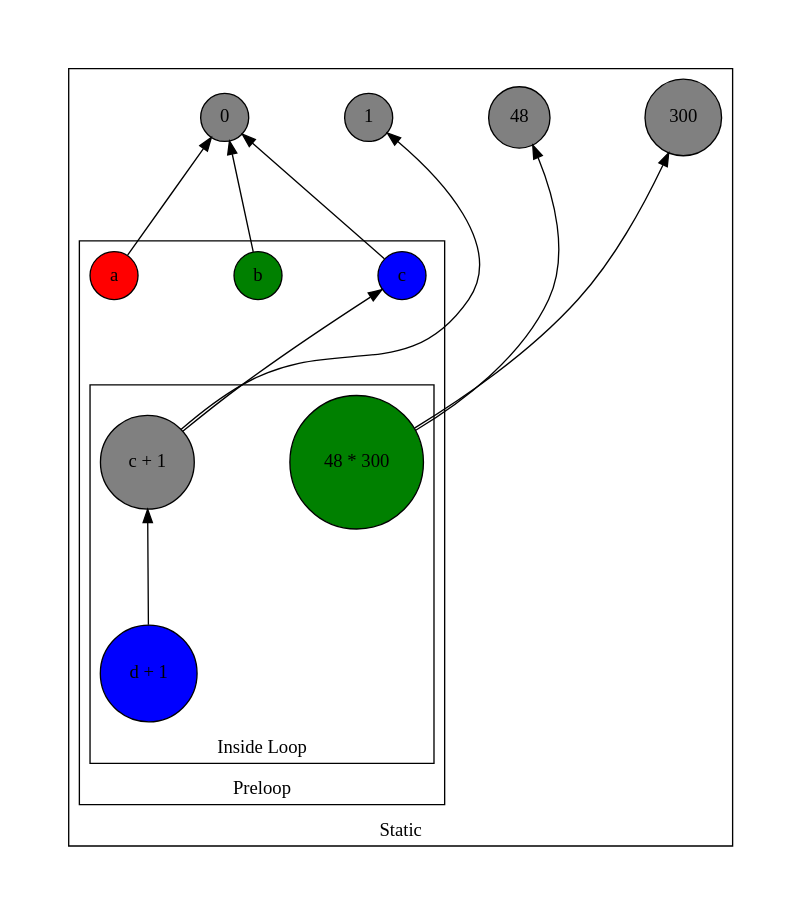
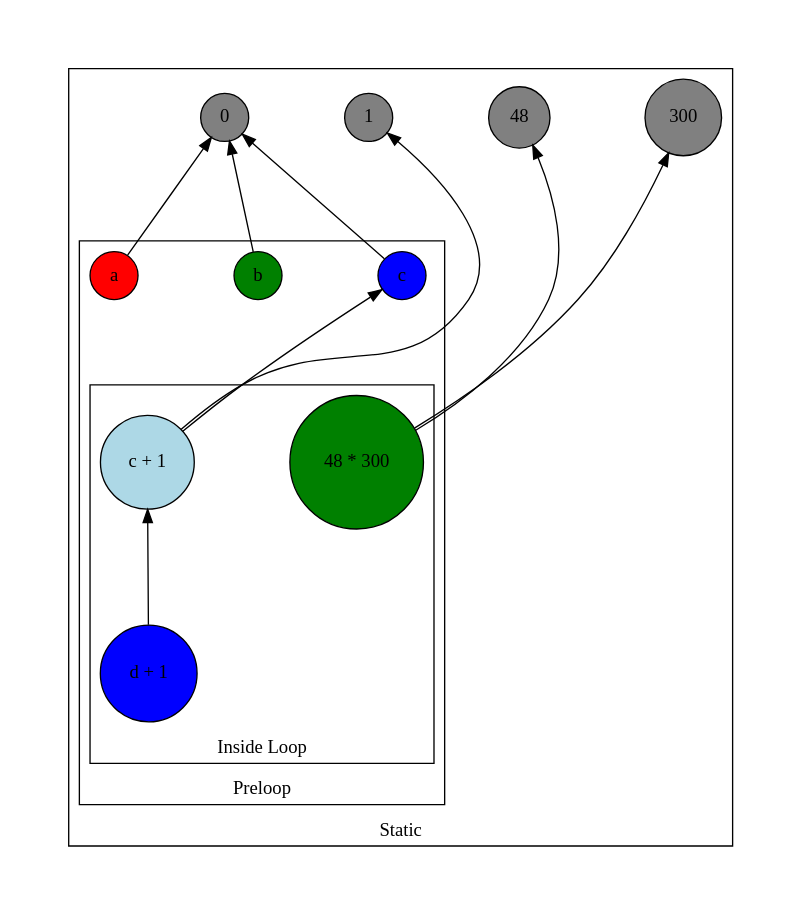
The diagram in tier1.dot (sjkillen/various-graphs), drawn with Graphviz before and after one commit. The commit also changed 1 other file, not shown here.

```diff
--- a/tier1.dot
+++ b/tier1.dot
@@ -1,45 +1,45 @@
 digraph {
     rankdir=BT
     newrank=true;
     graph [pad="0.5", nodesep="1", ranksep="1"];
     node[shape="circle", style="filled", fillcolor="grey", label=" "]
 
     subgraph clusterStatic {
         label="Static"
 
         _0[label="0"]
         _1[label="1"]
         _48[label="48"]
         _300[label="300"]
 
 
         subgraph clusterPreLoop {
             label="Preloop"
 
             b[label="b", fillcolor="green"]
             a[label="a", fillcolor="red"]
             c[label="c", fillcolor="blue"]
 
             
             subgraph cluster_0 {
                 label="Inside Loop"
 
                 b2[label="48 * 300", fillcolor="green"]
-                c2[label="c + 1", fillcolor="grey"]
+                c2[label="c + 1", fillcolor="lightblue"]
                 d[label="d + 1", fillcolor="blue"]
             }
         }
     }
 
 
     a -> _0
     b -> _0
     c -> _0
     b2 -> _48, _300
     c2 -> c, _1
     d -> c2
 
     {rank = same; _0; _1; _48; _300; }
     {rank = same; a; b; c; }
     {rank = same; b2; c2}
 }
```
